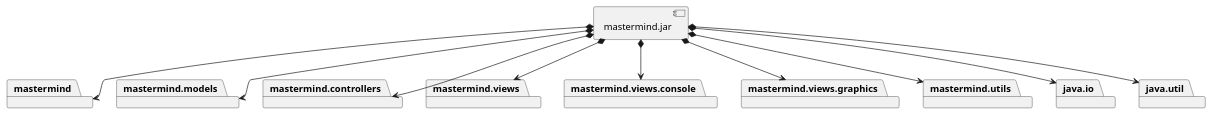
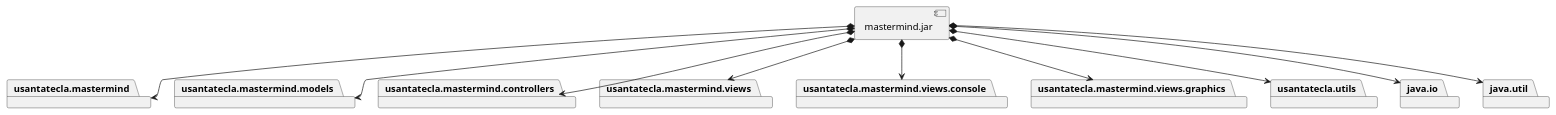
One commit to SantaTecla-mastermind/solution.java.swing.socket.sql changed the first of 2 diagrams in modelViewPresenter/presentationModel/basic/docs/diagrams/src/vistas.plantuml. Above: the diagram before and after it, drawn with PlantUML. The commit also changed 5 other files, not shown here.

```diff
--- a/modelViewPresenter/presentationModel/basic/docs/diagrams/src/vistas.plantuml
+++ b/modelViewPresenter/presentationModel/basic/docs/diagrams/src/vistas.plantuml
@@ -1,32 +1,32 @@
 @startuml desarrollo_implementacion
-package "  "  as mastermind {
+package "  "  as usantatecla.mastermind {
 }
-package "  "  as mastermind.models {
+package "  "  as usantatecla.mastermind.models {
 }
-package "  "  as mastermind.controllers{
+package "  "  as usantatecla.mastermind.controllers{
 }
-package "  "  as mastermind.views {
+package "  "  as usantatecla.mastermind.views {
 }
-package "  "  as mastermind.views.console {
+package "  "  as usantatecla.mastermind.views.console {
 }
-package "  "  as mastermind.views.graphics {
+package "  "  as usantatecla.mastermind.views.graphics {
 }
-package "  "  as mastermind.utils {
+package "  "  as usantatecla.utils {
 }
 package "  "  as java.io {
 }
 package "  "  as java.util {
 }
 
 [mastermind.jar] as jar
 
-jar *--> mastermind
-jar *--> mastermind.models
-jar *--> mastermind.controllers
-jar *--> mastermind.views
-jar *--> mastermind.views.console
-jar *--> mastermind.views.graphics
-jar *--> mastermind.utils
+jar *--> usantatecla.mastermind
+jar *--> usantatecla.mastermind.models
+jar *--> usantatecla.mastermind.controllers
+jar *--> usantatecla.mastermind.views
+jar *--> usantatecla.mastermind.views.console
+jar *--> usantatecla.mastermind.views.graphics
+jar *--> usantatecla.utils
 jar *--> java.io
 jar *--> java.util
 @enduml
```
